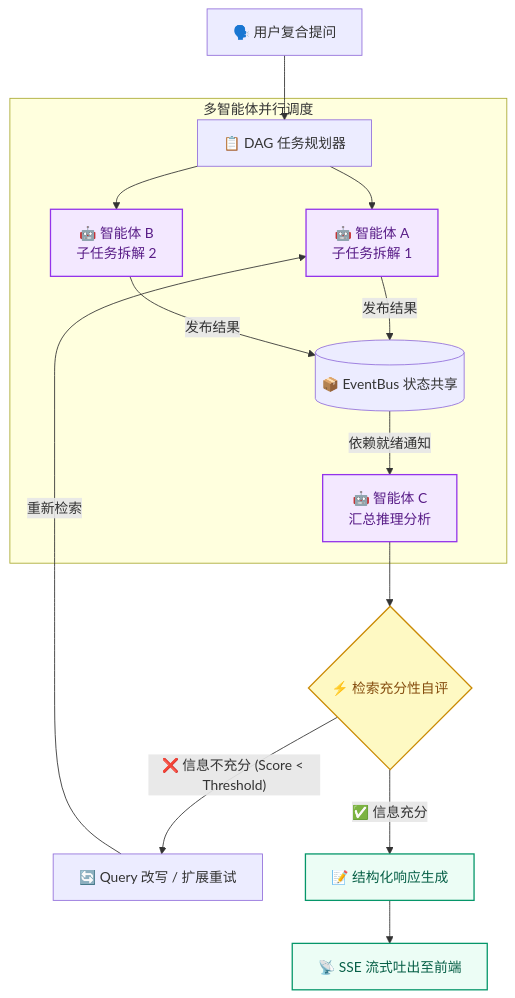
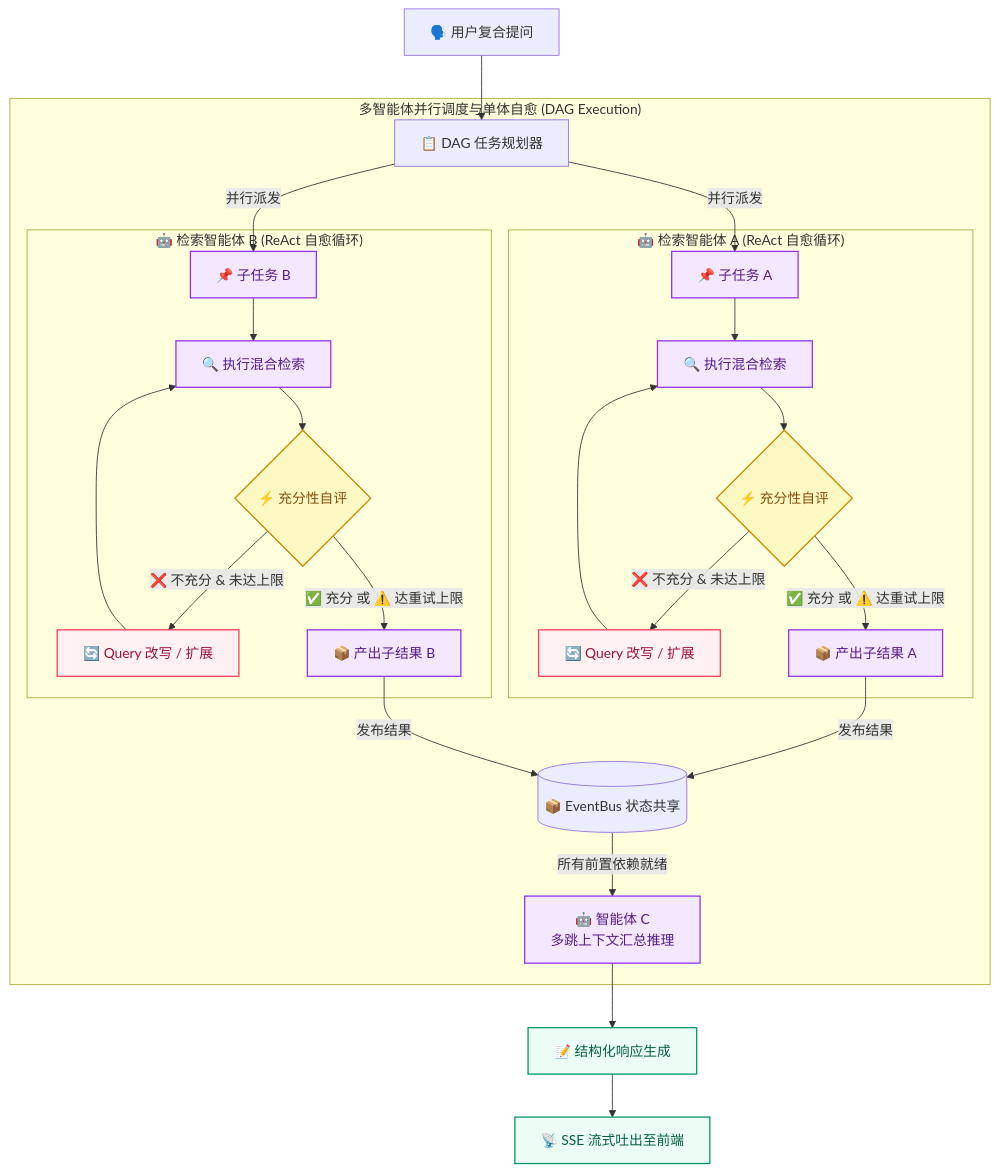
One commit to 7ing24/AgenticRAG changed the third of 4 diagrams in README.md. Above: the diagram before and after it, drawn with Mermaid. The commit also changed other lines of this file, not shown here.

````diff
--- a/README.md
+++ b/README.md
@@ -170,28 +170,42 @@
 ```mermaid
 flowchart TD
     classDef normal fill:#F8FAFC,stroke:#64748B,stroke-width:1px,color:#0F172A;
     classDef condition fill:#FEF9C3,stroke:#CA8A04,stroke-width:1.5px,color:#854D0E;
     classDef accent fill:#F3E8FF,stroke:#9333EA,stroke-width:1.5px,color:#581C87;
     classDef complete fill:#ECFDF5,stroke:#059669,stroke-width:1.5px,color:#065F46;
+    classDef retry fill:#FFF1F2,stroke:#F43F5E,stroke-width:1.5px,color:#9F1239;
 
     Query["🗣️ 用户复合提问"] --> Planner["📋 DAG 任务规划器"]
 
-    subgraph DAG_Execution ["多智能体并行调度"]
-        Planner --> SubA["🤖 智能体 A<br/>子任务拆解 1"]
-        Planner --> SubB["🤖 智能体 B<br/>子任务拆解 2"]
-        
-        SubA & SubB -->|发布结果| Bus[("📦 EventBus 状态共享")]
-        Bus -->|依赖就绪通知| SubC["🤖 智能体 C<br/>汇总推理分析"]
+    subgraph DAG_Execution ["多智能体并行调度与单体自愈 (DAG Execution)"]
+        Planner -->|并行派发| SubA_Task["📌 子任务 A"]
+        Planner -->|并行派发| SubB_Task["📌 子任务 B"]
+
+        subgraph Agent_A ["🤖 检索智能体 A (ReAct 自愈循环)"]
+            SubA_Task --> ExecA["🔍 执行混合检索"]
+            ExecA --> EvalA{"⚡ 充分性自评"}
+            EvalA -- "❌ 不充分 & 未达上限" --> RewriteA["🔄 Query 改写 / 扩展"]
+            RewriteA --> ExecA
+            EvalA -- "✅ 充分 或 ⚠️ 达重试上限" --> OutA["📦 产出子结果 A"]
+        end
+
+        subgraph Agent_B ["🤖 检索智能体 B (ReAct 自愈循环)"]
+            SubB_Task --> ExecB["🔍 执行混合检索"]
+            ExecB --> EvalB{"⚡ 充分性自评"}
+            EvalB -- "❌ 不充分 & 未达上限" --> RewriteB["🔄 Query 改写 / 扩展"]
+            RewriteB --> ExecB
+            EvalB -- "✅ 充分 或 ⚠️ 达重试上限" --> OutB["📦 产出子结果 B"]
+        end
+
+        OutA & OutB -->|发布结果| Bus[("📦 EventBus 状态共享")]
+        Bus -->|所有前置依赖就绪| SubC["🤖 智能体 C<br/>多跳上下文汇总推理"]
     end
-    class SubA,SubB,SubC accent
 
-    SubC --> Eval{"⚡ 检索充分性自评"}
-    class Eval condition
+    class SubA_Task,SubB_Task,ExecA,ExecB,OutA,OutB,SubC accent
+    class EvalA,EvalB condition
+    class RewriteA,RewriteB retry
 
-    Eval -- "❌ 信息不充分 (Score < Threshold)" --> Rewrite["🔄 Query 改写 / 扩展重试"]
-    Rewrite -->|重新检索| SubA
-
-    Eval -- "✅ 信息充分" --> Gen["📝 结构化响应生成"]
+    SubC --> Gen["📝 结构化响应生成"]
     Gen --> SSE["📡 SSE 流式吐出至前端"]
     class Gen,SSE complete
 ```
````
